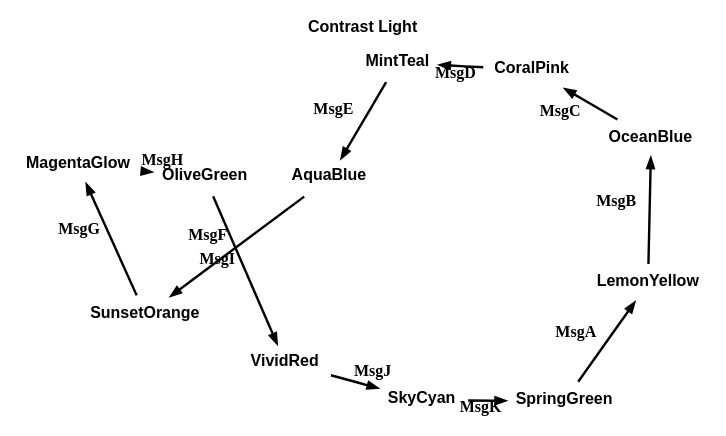
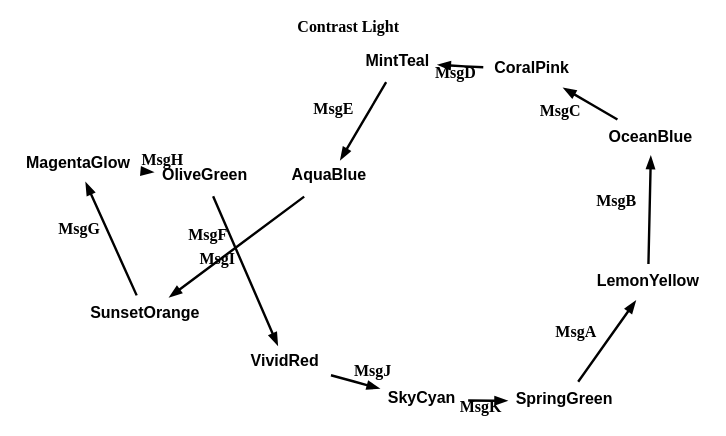
The diagram in renders/themes/contrast-light.dot (m-bock/purescript-transit), drawn with Graphviz before and after one commit. The commit also changed 26 other files, not shown here.

First line of the commit message:
Refactor Graphviz DOT files to enhance structure and readability

```diff
--- a/renders/themes/contrast-light.dot
+++ b/renders/themes/contrast-light.dot
@@ -1,41 +1,55 @@
 digraph {
+  // Global attributes
   graph [
     layout = "sfdp"
     overlap = false
     K = 2.5
     repulsiveforce = 4
     splines = true
     rankdir = TD
-    fontname = Arial
     labelloc = t
     fontsize = 12.0
     bgcolor = "#00000000"
     color = "#000000"
     fontcolor = "#000000"
     label = <<b>Contrast Light</b>>
   ]
-  node []
-  edge []
-  SpringGreen [shape = box, label = <<b>SpringGreen</b>>, fontsize = 12.0, style = filled, fillcolor = "#ffffff", fontcolor = "#000000", color = "#000000", fontname = Arial, labelloc = c, penwidth = 0.0, height = 0.4]
-  LemonYellow [shape = box, label = <<b>LemonYellow</b>>, fontsize = 12.0, style = filled, fillcolor = "#ffffff", fontcolor = "#000000", color = "#000000", fontname = Arial, labelloc = c, penwidth = 0.0, height = 0.4]
-  OceanBlue [shape = box, label = <<b>OceanBlue</b>>, fontsize = 12.0, style = filled, fillcolor = "#ffffff", fontcolor = "#000000", color = "#000000", fontname = Arial, labelloc = c, penwidth = 0.0, height = 0.4]
-  CoralPink [shape = box, label = <<b>CoralPink</b>>, fontsize = 12.0, style = filled, fillcolor = "#ffffff", fontcolor = "#000000", color = "#000000", fontname = Arial, labelloc = c, penwidth = 0.0, height = 0.4]
-  MintTeal [shape = box, label = <<b>MintTeal</b>>, fontsize = 12.0, style = filled, fillcolor = "#ffffff", fontcolor = "#000000", color = "#000000", fontname = Arial, labelloc = c, penwidth = 0.0, height = 0.4]
-  AquaBlue [shape = box, label = <<b>AquaBlue</b>>, fontsize = 12.0, style = filled, fillcolor = "#ffffff", fontcolor = "#000000", color = "#000000", fontname = Arial, labelloc = c, penwidth = 0.0, height = 0.4]
-  SunsetOrange [shape = box, label = <<b>SunsetOrange</b>>, fontsize = 12.0, style = filled, fillcolor = "#ffffff", fontcolor = "#000000", color = "#000000", fontname = Arial, labelloc = c, penwidth = 0.0, height = 0.4]
-  MagentaGlow [shape = box, label = <<b>MagentaGlow</b>>, fontsize = 12.0, style = filled, fillcolor = "#ffffff", fontcolor = "#000000", color = "#000000", fontname = Arial, labelloc = c, penwidth = 0.0, height = 0.4]
-  OliveGreen [shape = box, label = <<b>OliveGreen</b>>, fontsize = 12.0, style = filled, fillcolor = "#ffffff", fontcolor = "#000000", color = "#000000", fontname = Arial, labelloc = c, penwidth = 0.0, height = 0.4]
-  VividRed [shape = box, label = <<b>VividRed</b>>, fontsize = 12.0, style = filled, fillcolor = "#ffffff", fontcolor = "#000000", color = "#000000", fontname = Arial, labelloc = c, penwidth = 0.0, height = 0.4]
-  SkyCyan [shape = box, label = <<b>SkyCyan</b>>, fontsize = 12.0, style = filled, fillcolor = "#ffffff", fontcolor = "#000000", color = "#000000", fontname = Arial, labelloc = c, penwidth = 0.0, height = 0.4]
-  SpringGreen -> LemonYellow [color = "#000000", fontcolor = "#000000", fontsize = 12.0, arrowsize = 0.7, label = <<b>MsgA</b>>, penwidth = 1.8]
-  LemonYellow -> OceanBlue [color = "#000000", fontcolor = "#000000", fontsize = 12.0, arrowsize = 0.7, label = <<b>MsgB</b>>, penwidth = 1.8]
-  OceanBlue -> CoralPink [color = "#000000", fontcolor = "#000000", fontsize = 12.0, arrowsize = 0.7, label = <<b>MsgC</b>>, penwidth = 1.8]
-  CoralPink -> MintTeal [color = "#000000", fontcolor = "#000000", fontsize = 12.0, arrowsize = 0.7, label = <<b>MsgD</b>>, penwidth = 1.8]
-  MintTeal -> AquaBlue [color = "#000000", fontcolor = "#000000", fontsize = 12.0, arrowsize = 0.7, label = <<b>MsgE</b>>, penwidth = 1.8]
-  AquaBlue -> SunsetOrange [color = "#000000", fontcolor = "#000000", fontsize = 12.0, arrowsize = 0.7, label = <<b>MsgF</b>>, penwidth = 1.8]
-  SunsetOrange -> MagentaGlow [color = "#000000", fontcolor = "#000000", fontsize = 12.0, arrowsize = 0.7, label = <<b>MsgG</b>>, penwidth = 1.8]
-  MagentaGlow -> OliveGreen [color = "#000000", fontcolor = "#000000", fontsize = 12.0, arrowsize = 0.7, label = <<b>MsgH</b>>, penwidth = 1.8]
-  OliveGreen -> VividRed [color = "#000000", fontcolor = "#000000", fontsize = 12.0, arrowsize = 0.7, label = <<b>MsgI</b>>, penwidth = 1.8]
-  VividRed -> SkyCyan [color = "#000000", fontcolor = "#000000", fontsize = 12.0, arrowsize = 0.7, label = <<b>MsgJ</b>>, penwidth = 1.8]
-  SkyCyan -> SpringGreen [color = "#000000", fontcolor = "#000000", fontsize = 12.0, arrowsize = 0.7, label = <<b>MsgK</b>>, penwidth = 1.8]
+  node [
+    style = filled
+    fontsize = 12.0
+    fontname = Arial
+    penwidth = 0.0
+    labelloc = c
+  ]
+  edge [
+    arrowsize = 0.7
+    penwidth = 1.8
+    fontsize = 12.0
+  ]
+  
+  // Nodes
+  SpringGreen [shape = box, label = <<b>SpringGreen</b>>, height = 0.4, fontcolor = "#000000", fillcolor = "#ffffff", color = "#000000"]
+  LemonYellow [shape = box, label = <<b>LemonYellow</b>>, height = 0.4, fontcolor = "#000000", fillcolor = "#ffffff", color = "#000000"]
+  OceanBlue [shape = box, label = <<b>OceanBlue</b>>, height = 0.4, fontcolor = "#000000", fillcolor = "#ffffff", color = "#000000"]
+  CoralPink [shape = box, label = <<b>CoralPink</b>>, height = 0.4, fontcolor = "#000000", fillcolor = "#ffffff", color = "#000000"]
+  MintTeal [shape = box, label = <<b>MintTeal</b>>, height = 0.4, fontcolor = "#000000", fillcolor = "#ffffff", color = "#000000"]
+  AquaBlue [shape = box, label = <<b>AquaBlue</b>>, height = 0.4, fontcolor = "#000000", fillcolor = "#ffffff", color = "#000000"]
+  SunsetOrange [shape = box, label = <<b>SunsetOrange</b>>, height = 0.4, fontcolor = "#000000", fillcolor = "#ffffff", color = "#000000"]
+  MagentaGlow [shape = box, label = <<b>MagentaGlow</b>>, height = 0.4, fontcolor = "#000000", fillcolor = "#ffffff", color = "#000000"]
+  OliveGreen [shape = box, label = <<b>OliveGreen</b>>, height = 0.4, fontcolor = "#000000", fillcolor = "#ffffff", color = "#000000"]
+  VividRed [shape = box, label = <<b>VividRed</b>>, height = 0.4, fontcolor = "#000000", fillcolor = "#ffffff", color = "#000000"]
+  SkyCyan [shape = box, label = <<b>SkyCyan</b>>, height = 0.4, fontcolor = "#000000", fillcolor = "#ffffff", color = "#000000"]
+  
+  // Edges
+  SpringGreen -> LemonYellow [label = <<b>MsgA</b>>, color = "#000000", fontcolor = "#000000"]
+  LemonYellow -> OceanBlue [label = <<b>MsgB</b>>, color = "#000000", fontcolor = "#000000"]
+  OceanBlue -> CoralPink [label = <<b>MsgC</b>>, color = "#000000", fontcolor = "#000000"]
+  CoralPink -> MintTeal [label = <<b>MsgD</b>>, color = "#000000", fontcolor = "#000000"]
+  MintTeal -> AquaBlue [label = <<b>MsgE</b>>, color = "#000000", fontcolor = "#000000"]
+  AquaBlue -> SunsetOrange [label = <<b>MsgF</b>>, color = "#000000", fontcolor = "#000000"]
+  SunsetOrange -> MagentaGlow [label = <<b>MsgG</b>>, color = "#000000", fontcolor = "#000000"]
+  MagentaGlow -> OliveGreen [label = <<b>MsgH</b>>, color = "#000000", fontcolor = "#000000"]
+  OliveGreen -> VividRed [label = <<b>MsgI</b>>, color = "#000000", fontcolor = "#000000"]
+  VividRed -> SkyCyan [label = <<b>MsgJ</b>>, color = "#000000", fontcolor = "#000000"]
+  SkyCyan -> SpringGreen [label = <<b>MsgK</b>>, color = "#000000", fontcolor = "#000000"]
 }
```
